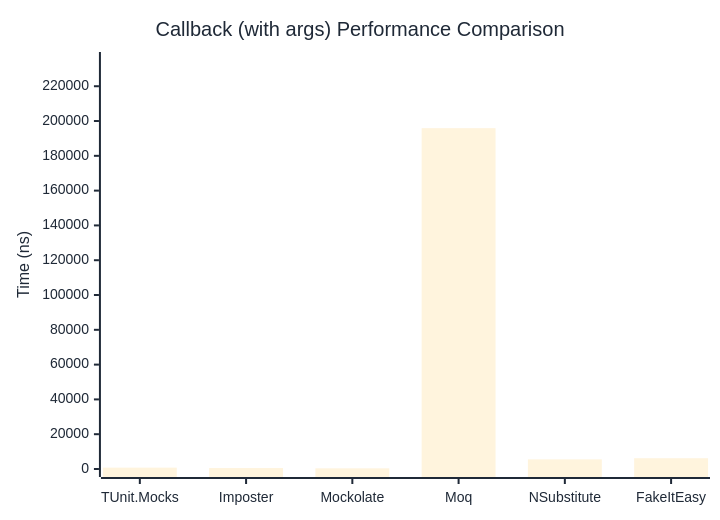
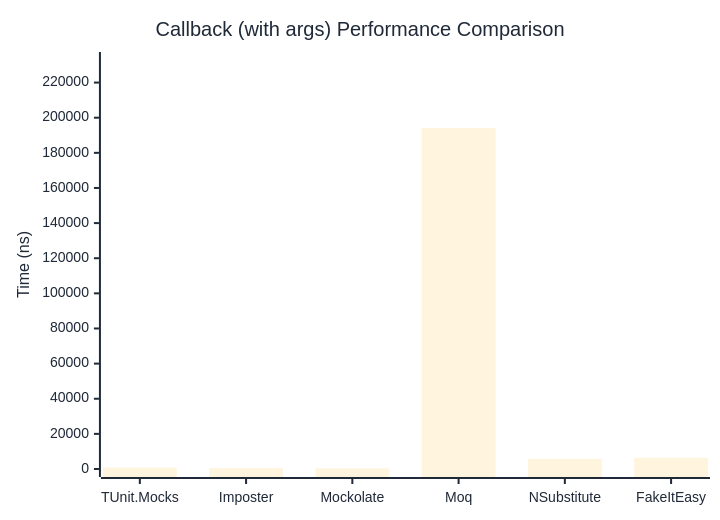
Before and after one commit to thomhurst/TUnit: the second of 2 diagrams in docs/docs/benchmarks/mocks/Callback.md, drawn with Mermaid. The commit also changed other lines of this file and 14 other files, not shown here.

````diff
--- a/docs/docs/benchmarks/mocks/Callback.md
+++ b/docs/docs/benchmarks/mocks/Callback.md
@@ -71,27 +71,27 @@
 ```mermaid
 %%{init: {
   'theme':'base',
   'themeVariables': {
     'primaryColor': '#2563eb',
     'primaryTextColor': '#1f2937',
     'primaryBorderColor': '#1e40af',
     'lineColor': '#6b7280',
     'secondaryColor': '#7c3aed',
     'tertiaryColor': '#dc2626',
     'background': '#ffffff',
     'pie1': '#2563eb',
     'pie2': '#7c3aed',
     'pie3': '#dc2626',
     'pie4': '#f59e0b',
     'pie5': '#10b981',
     'pie6': '#06b6d4',
     'pie7': '#ec4899',
     'pie8': '#6366f1'
   }
 }}%%
 xychart-beta
   title "Callback (with args) Performance Comparison"
   x-axis ["TUnit.Mocks", "Imposter", "Mockolate", "Moq", "NSubstitute", "FakeItEasy"]
-  y-axis "Time (ns)" 0 --> 235077
-  bar [774.2, 552.7, 385.3, 195896.8, 5531.2, 6204.4]
+  y-axis "Time (ns)" 0 --> 232849
+  bar [804.3, 508.3, 390, 194040.4, 5691.4, 6425.4]
 ```
````
